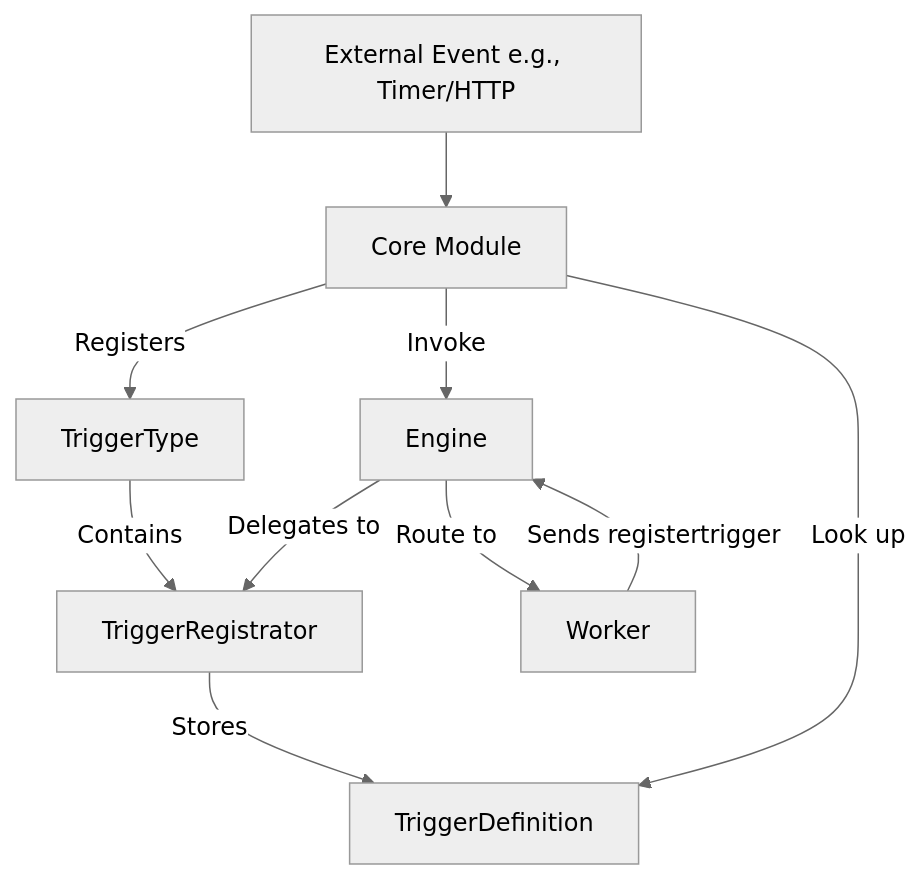
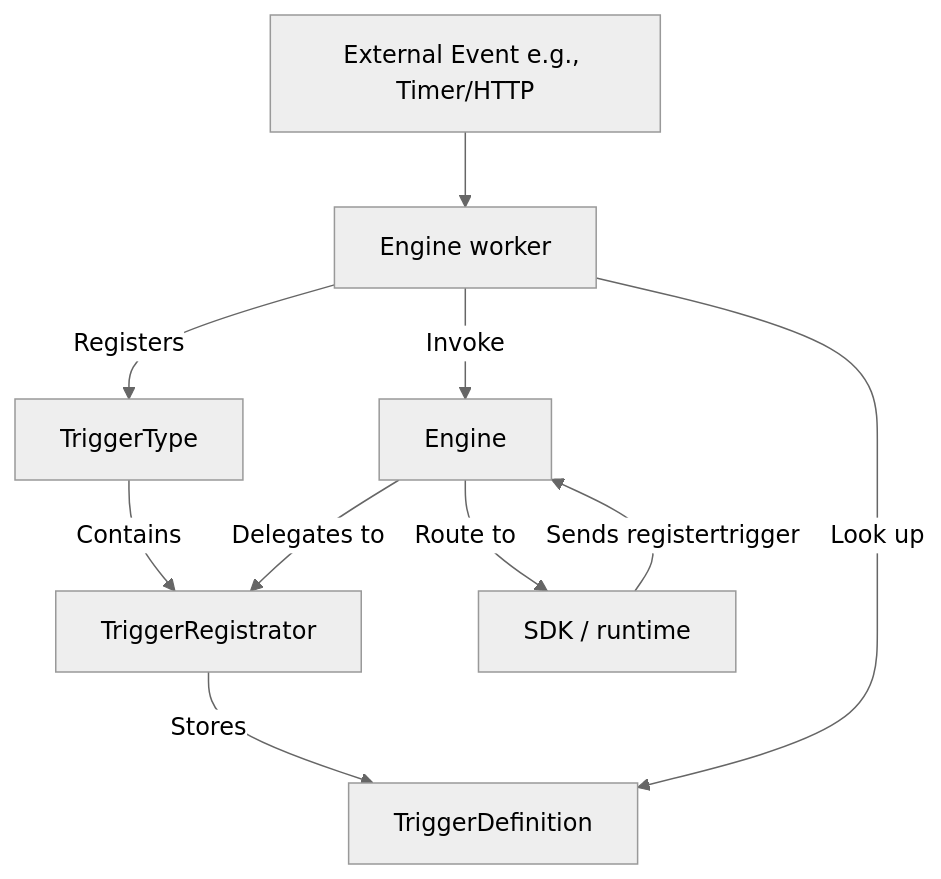
The third of 3 diagrams in docs/advanced/custom-modules.mdx (iii-hq/iii), drawn with Mermaid (neutral theme) before and after one commit. The commit also changed other lines of this file and 13 other files, not shown here.

````diff
--- a/docs/advanced/custom-modules.mdx
+++ b/docs/advanced/custom-modules.mdx
@@ -389,14 +431,14 @@
 ```mermaid
 graph TD
-    Module[Core Module] -->|Registers| TT[TriggerType]
+    EngineWorker[Engine worker] -->|Registers| TT[TriggerType]
     TT -->|Contains| Registrator[TriggerRegistrator]
 
-    Worker -->|Sends registertrigger| Engine
+    Runtime[SDK / runtime] -->|Sends registertrigger| Engine
     Engine -->|Delegates to| Registrator
     Registrator -->|Stores| TriggerDefinition
 
-    ExternalEvent[External Event e.g., Timer/HTTP] --> Module
-    Module -->|Look up| TriggerDefinition
-    Module -->|Invoke| Engine
-    Engine -->|Route to| Worker
+    ExternalEvent[External Event e.g., Timer/HTTP] --> EngineWorker
+    EngineWorker -->|Look up| TriggerDefinition
+    EngineWorker -->|Invoke| Engine
+    Engine -->|Route to| Runtime
 ```
````
